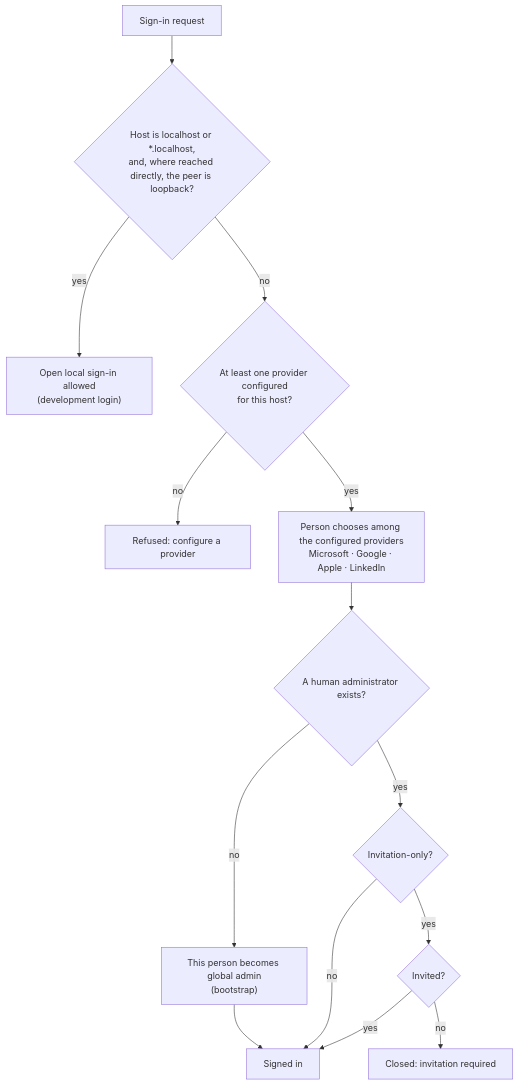
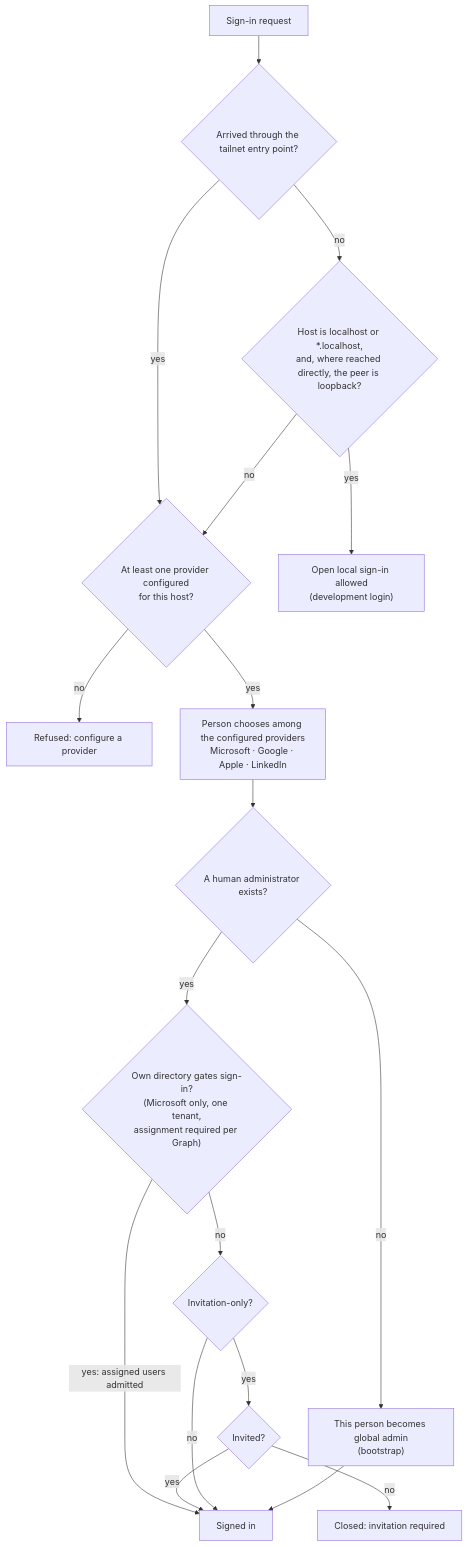
Before and after one commit to Systemorph/MeshWeaver: the fourth of 5 diagrams in src/MeshWeaver.Documentation/Data/Architecture/PrivateNetwork.md, drawn with Mermaid. The commit also changed other lines of this file, not shown here.

First line of the commit message:
docs(architecture): private network — tailnet provenance gate, secret rotation, first-admin prerequisite, own-directory exemption

````diff
--- a/src/MeshWeaver.Documentation/Data/Architecture/PrivateNetwork.md
+++ b/src/MeshWeaver.Documentation/Data/Architecture/PrivateNetwork.md
@@ -162,16 +166,20 @@
 ```mermaid
 flowchart TD
-    Req["Sign-in request"] --> Local{"Host is localhost or *.localhost,<br/>and, where reached directly, the peer is loopback?"}
+    Req["Sign-in request"] --> Fwd{"Arrived through the tailnet entry point?"}
+    Fwd -- yes --> Cfg
+    Fwd -- no --> Local{"Host is localhost or *.localhost,<br/>and, where reached directly, the peer is loopback?"}
     Local -- yes --> Open["Open local sign-in allowed<br/>(development login)"]
     Local -- no --> Cfg{"At least one provider configured<br/>for this host?"}
     Cfg -- no --> Refuse["Refused: configure a provider"]
     Cfg -- yes --> Pick["Person chooses among the configured providers<br/>Microsoft · Google · Apple · LinkedIn"]
     Pick --> First{"A human administrator exists?"}
     First -- no --> Admin["This person becomes global admin<br/>(bootstrap)"]
-    First -- yes --> Inv{"Invitation-only?"}
+    First -- yes --> Own{"Own directory gates sign-in?<br/>(Microsoft only, one tenant,<br/>assignment required per Graph)"}
+    Own -- "yes: assigned users admitted" --> In
+    Own -- no --> Inv{"Invitation-only?"}
     Inv -- yes --> Invited{"Invited?"}
     Invited -- yes --> In["Signed in"]
     Invited -- no --> Closed["Closed: invitation required"]
     Inv -- no --> In
     Admin --> In
 ```
````
